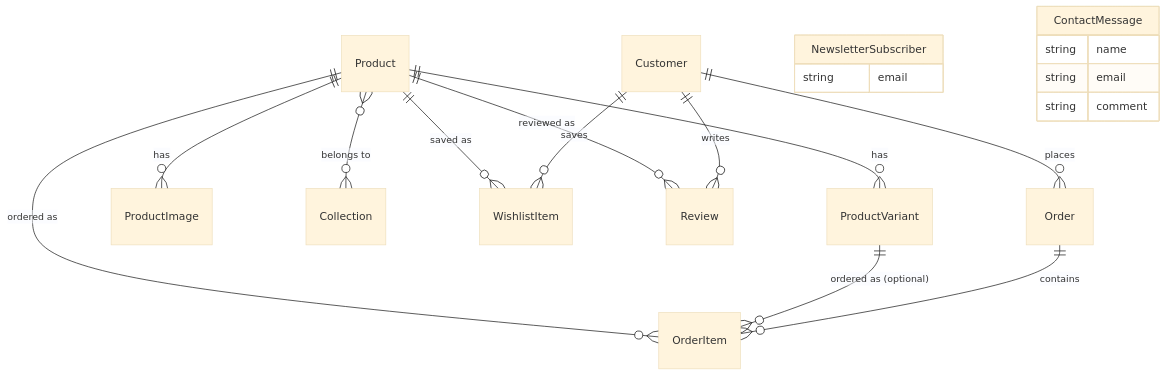
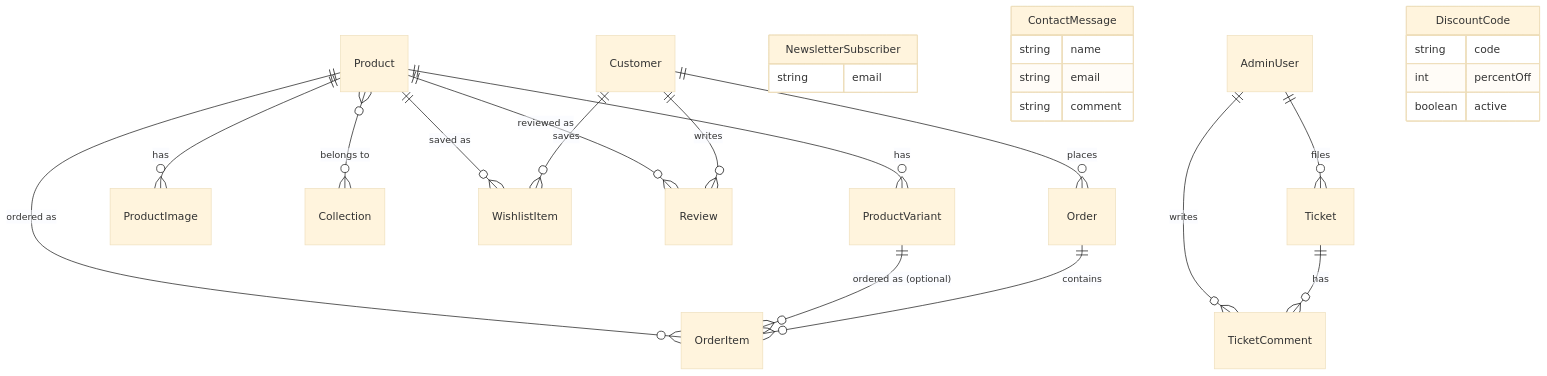
The fourth of 12 diagrams in docs/architecture.md (beautifulforceOrg/beautifulforce), drawn with Mermaid (base theme) before and after one commit. The commit also changed other lines of this file and 80 other files, not shown here.

````diff
--- a/docs/architecture.md
+++ b/docs/architecture.md
@@ -169,22 +169,30 @@
 ```mermaid
 erDiagram
   Product ||--o{ ProductVariant : has
   Product ||--o{ ProductImage : has
   Product }o--o{ Collection : "belongs to"
   Product ||--o{ OrderItem : "ordered as"
   Product ||--o{ WishlistItem : "saved as"
   Product ||--o{ Review : "reviewed as"
   ProductVariant ||--o{ OrderItem : "ordered as (optional)"
   Order ||--o{ OrderItem : contains
   Customer ||--o{ Order : places
   Customer ||--o{ WishlistItem : saves
   Customer ||--o{ Review : writes
   NewsletterSubscriber {
     string email
   }
   ContactMessage {
     string name
     string email
     string comment
   }
+  AdminUser ||--o{ Ticket : files
+  AdminUser ||--o{ TicketComment : writes
+  Ticket ||--o{ TicketComment : has
+  DiscountCode {
+    string code
+    int percentOff
+    boolean active
+  }
 ```
````
